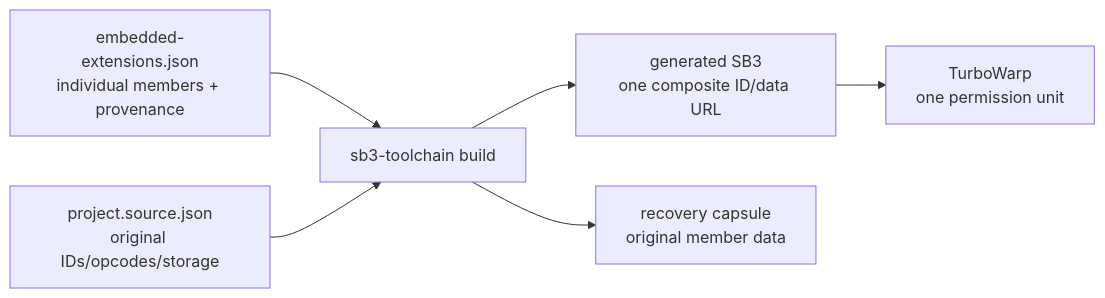
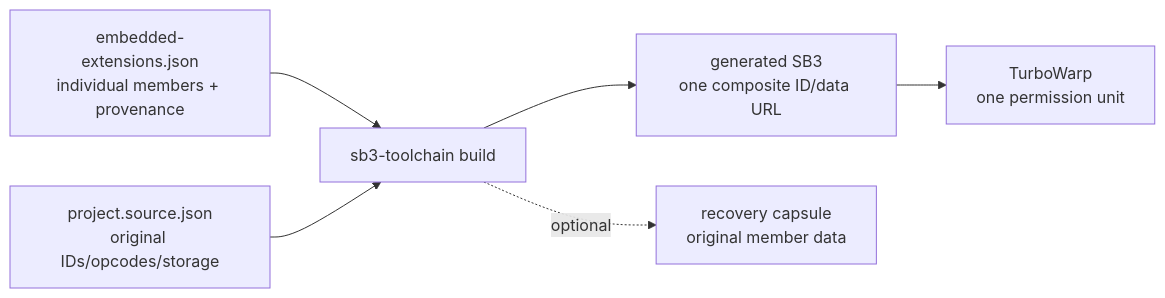
Before and after one commit to kubohiroya/tm-kamishibai: the diagram in docs/design/dsl-4-design.md, drawn with Mermaid. The commit also changed other lines of this file and 49 other files, not shown here.

````diff
--- a/docs/design/dsl-4-design.md
+++ b/docs/design/dsl-4-design.md
@@ -1785,8 +1785,8 @@
 ```mermaid
 flowchart LR
   M["embedded-extensions.json<br/>individual members + provenance"] --> T["sb3-toolchain build"]
   P["project.source.json<br/>original IDs/opcodes/storage"] --> T
   T --> B["generated SB3<br/>one composite ID/data URL"]
-  T --> C["recovery capsule<br/>original member data"]
+  T -. optional .-> C["recovery capsule<br/>original member data"]
   B --> W["TurboWarp<br/>one permission unit"]
 ```
````
